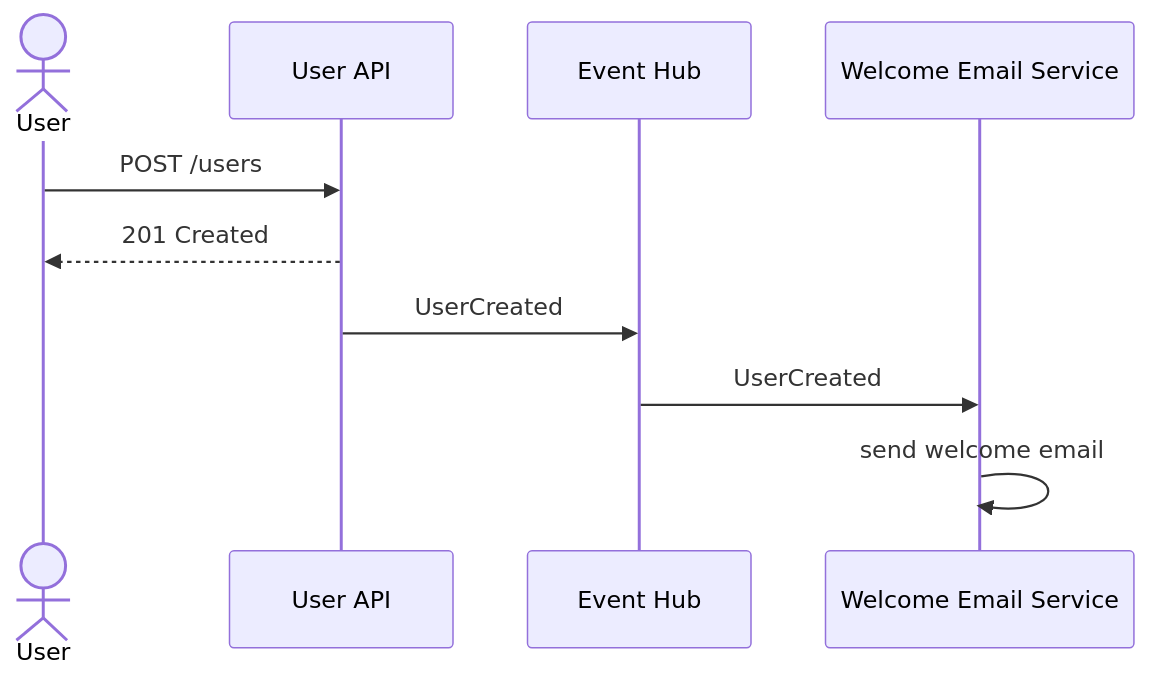
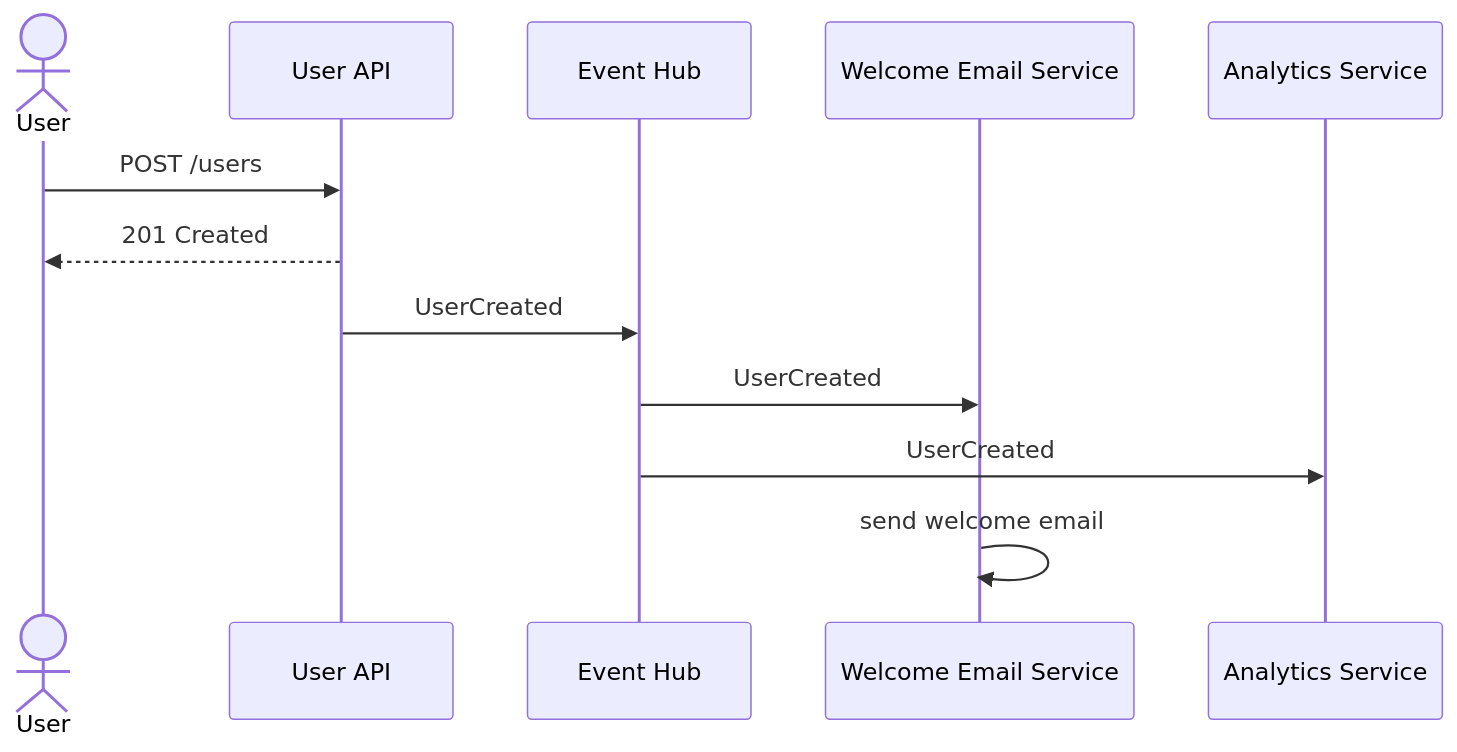
Before and after one commit to android2221/mermaid-disys: the diagram in demos/animate-sequence.mmd, drawn with Mermaid. The commit also changed 4 other files, not shown here.

```diff
--- a/demos/animate-sequence.mmd
+++ b/demos/animate-sequence.mmd
@@ -1,31 +1,28 @@
 ---
 animate:
   events:
     - id: user-created
       color: "#3b82f6"
       interval: 600
-      on: { from: api, to: hub }
-    - id: user-created-delivery
-      color: "#3b82f6"
-      interval: 600
-      on: { from: hub, to: mailer }
+      on:
+        - { from: api, to: hub }
+        - { from: hub, to: mailer }
+        - { from: hub, to: analytics }
   fields:
     user-created:
       - "+username: string"
       - "+email: string"
       - "-passwordHash: string"
-    user-created-delivery:
-      - "+username: string"
-      - "+email: string"
-      - "+deliveredAt: Date"
 ---
 sequenceDiagram
   actor user as User
   participant api as User API
   participant hub as Event Hub
   participant mailer as Welcome Email Service
+  participant analytics as Analytics Service
   user->>api: POST /users
   api-->>user: 201 Created
   api->>hub: UserCreated
   hub->>mailer: UserCreated
+  hub->>analytics: UserCreated
   mailer->>mailer: send welcome email
```
